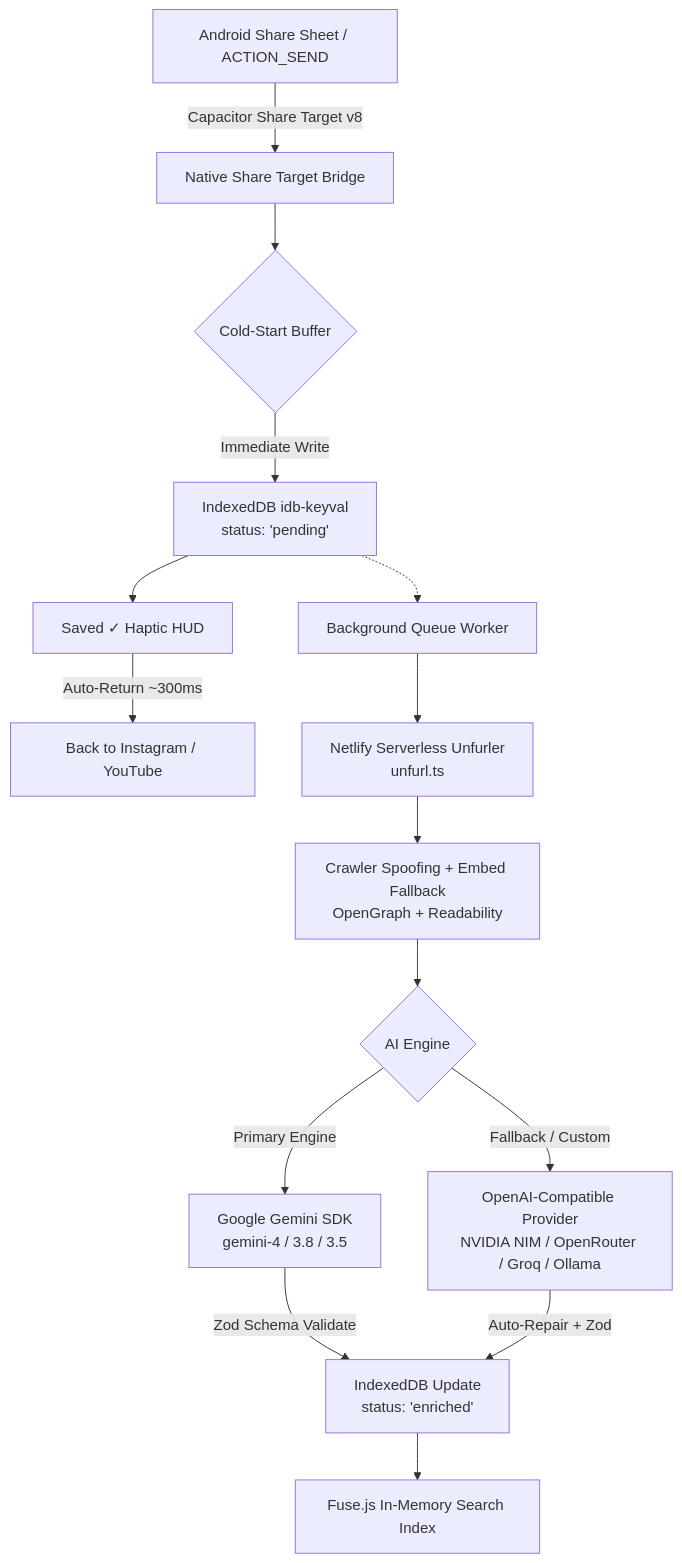
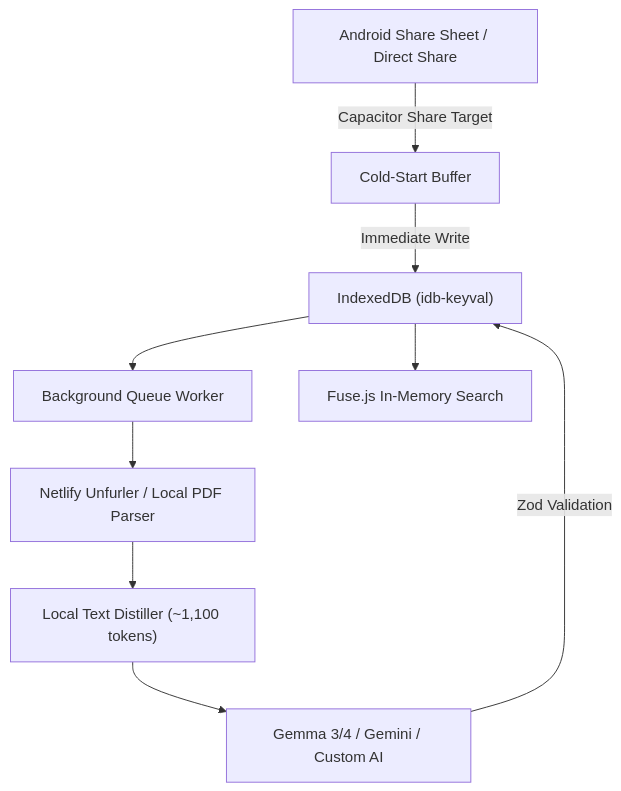
Before and after one commit to Prashantispacific/drop-library: the diagram in README.md, drawn with Mermaid. The commit also changed other lines of this file and 42 other files, not shown here.

Commit message:
feat: gemma 3/4 default, local PDF distillation, direct share, minimal icon, and production legal pages

````diff
--- a/README.md
+++ b/README.md
@@ -47,20 +36,11 @@
 ```mermaid
 flowchart TD
-    A["Android Share Sheet / ACTION_SEND"] -->|"Capacitor Share Target v8"| B["Native Share Target Bridge"]
-    B --> C{"Cold-Start Buffer"}
-    C -->|"Immediate Write"| D["IndexedDB idb-keyval<br/>status: 'pending'"]
-    D --> E["Saved ✓ Haptic HUD"]
-    E -->|"Auto-Return ~300ms"| F["Back to Instagram / YouTube"]
-
-    D -.-> G["Background Queue Worker"]
-    G --> H["Netlify Serverless Unfurler<br/>unfurl.ts"]
-    H --> I["Crawler Spoofing + Embed Fallback<br/>OpenGraph + Readability"]
-    
-    I --> J{"AI Engine"}
-    J -->|"Primary Engine"| K["Google Gemini SDK<br/>gemini-4 / 3.8 / 3.5"]
-    J -->|"Fallback / Custom"| L["OpenAI-Compatible Provider<br/>NVIDIA NIM / OpenRouter / Groq / Ollama"]
-    
-    K -->|"Zod Schema Validate"| M["IndexedDB Update<br/>status: 'enriched'"]
-    L -->|"Auto-Repair + Zod"| M
-    M --> N["Fuse.js In-Memory Search Index"]
+    A["Android Share Sheet / Direct Share"] -->|"Capacitor Share Target"| B["Cold-Start Buffer"]
+    B -->|"Immediate Write"| C["IndexedDB (idb-keyval)"]
+    C --> D["Background Queue Worker"]
+    D --> E["Netlify Unfurler / Local PDF Parser"]
+    E --> F["Local Text Distiller (~1,100 tokens)"]
+    F --> G["Gemma 3/4 / Gemini / Custom AI"]
+    G -->|"Zod Validation"| C
+    C --> H["Fuse.js In-Memory Search"]
 ```
````
